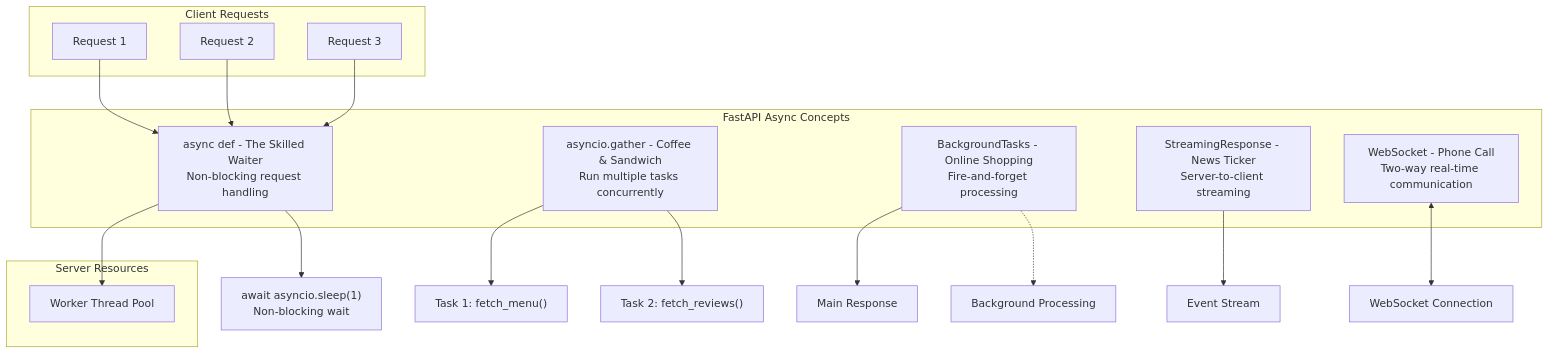
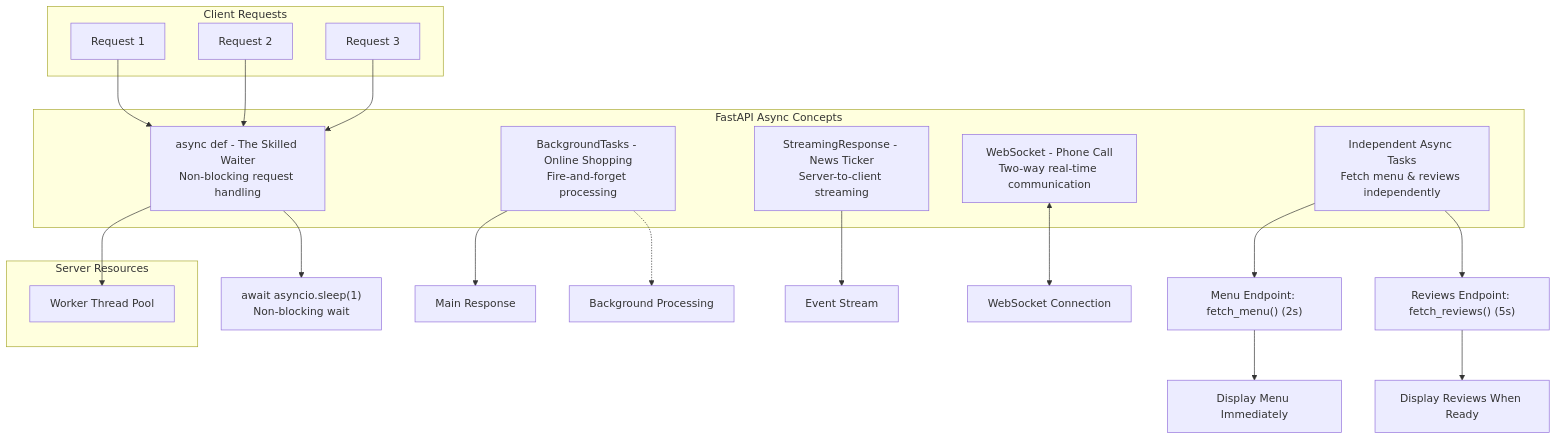
One commit to balupeddireddy08/FastAPI-for-AI-Projects changed the first of 6 diagrams in 06-async/README.md. Above: the diagram before and after it, drawn with Mermaid. The commit also changed other lines of this file, not shown here.

Commit message:
Update code in the async ReadMe file

````diff
--- a/06-async/README.md
+++ b/06-async/README.md
@@ -17,37 +17,39 @@
 ```mermaid
 graph TD
     subgraph "FastAPI Async Concepts"
     A["async def - The Skilled Waiter<br/>Non-blocking request handling"]
-    B["asyncio.gather - Coffee & Sandwich<br/>Run multiple tasks concurrently"]
+    B["Independent Async Tasks<br/>Fetch menu & reviews independently"]
     C["BackgroundTasks - Online Shopping<br/>Fire-and-forget processing"]
     D["StreamingResponse - News Ticker<br/>Server-to-client streaming"]
     E["WebSocket - Phone Call<br/>Two-way real-time communication"]
     end
     
     subgraph "Server Resources"
     F[Worker Thread Pool]
     end
     
     A --> F
     
     subgraph "Client Requests"
     G[Request 1]
     H[Request 2]
     I[Request 3]
     end
     
     G --> A
     H --> A
     I --> A
     
     A --> J["await asyncio.sleep(1)<br/>Non-blocking wait"]
     
-    B --> K["Task 1: fetch_menu()"]
-    B --> L["Task 2: fetch_reviews()"]
+    B --> K["Menu Endpoint: fetch_menu() (2s)"]
+    B --> L["Reviews Endpoint: fetch_reviews() (5s)"]
+    K --> K1["Display Menu Immediately"]
+    L --> L1["Display Reviews When Ready"]
     
     C --> M["Main Response"]
     C -.-> N["Background Processing"]
     
     D --> O["Event Stream"]
     E <--> P["WebSocket Connection"]
 ```
````
